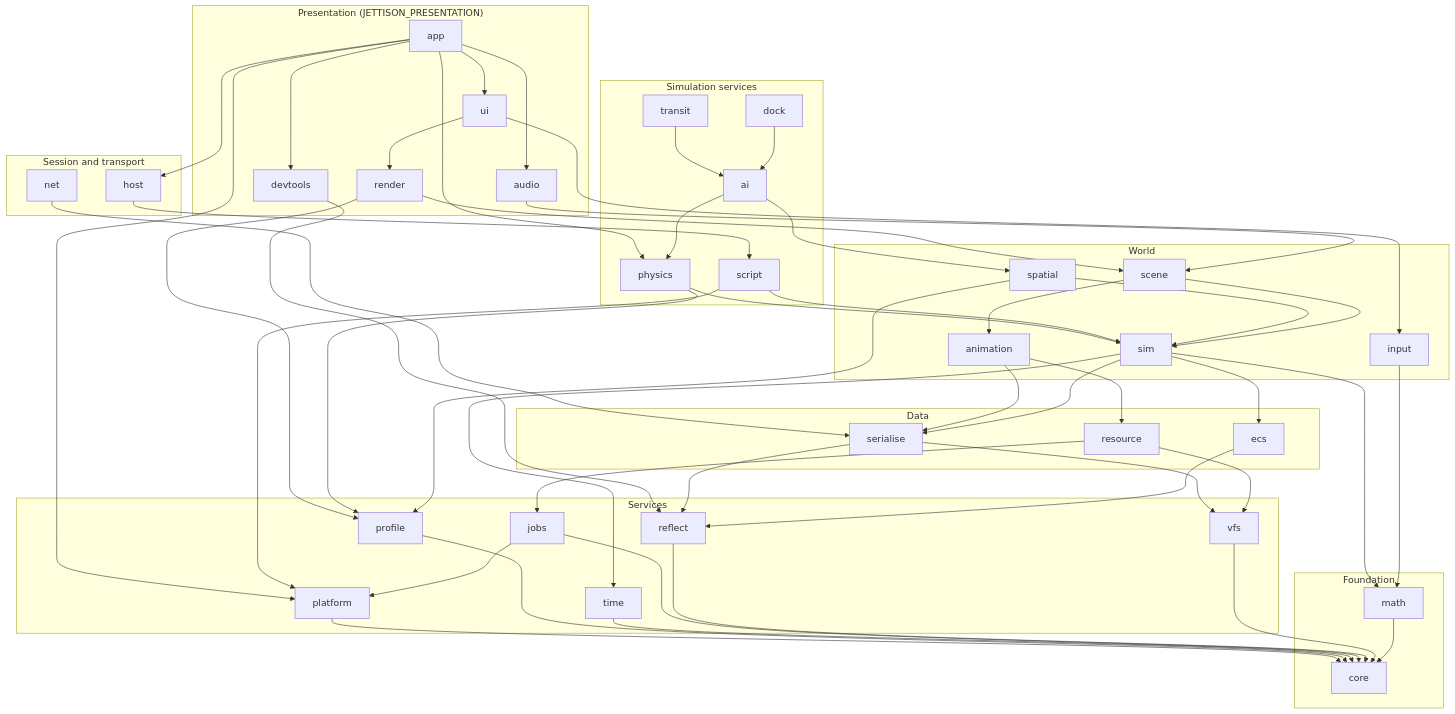
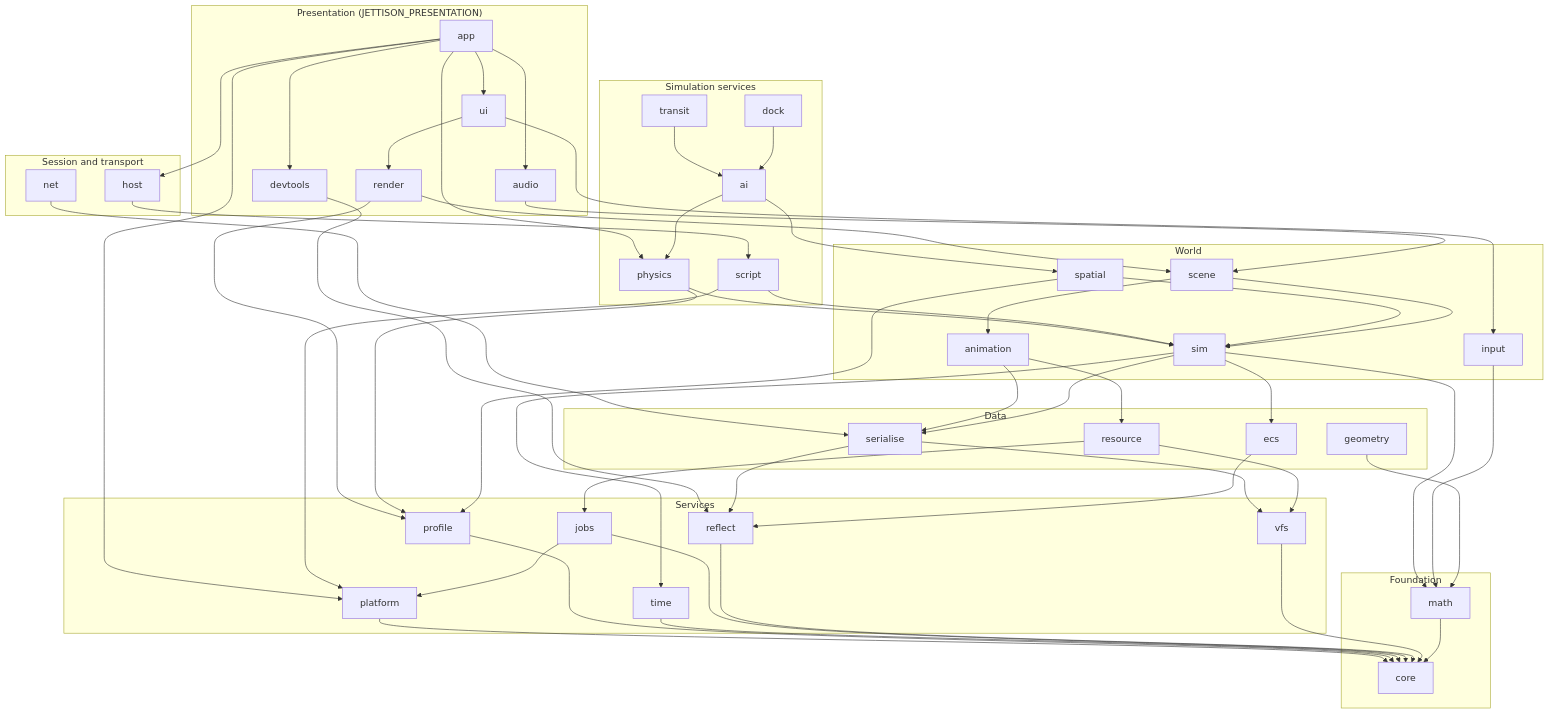
Before and after one commit to ivanhawkes/jettison: the first of 3 diagrams in docs/architecture.md, drawn with Mermaid. The commit also changed other lines of this file and 17 other files, not shown here.

````diff
--- a/docs/architecture.md
+++ b/docs/architecture.md
@@ -152,70 +154,71 @@
 ```mermaid
 flowchart TB
     subgraph presentation["Presentation (JETTISON_PRESENTATION)"]
         render; audio; ui; devtools; app
     end
     subgraph session["Session and transport"]
         host; net
     end
     subgraph simservices["Simulation services"]
         physics; ai; transit; dock; script
     end
     subgraph world["World"]
         animation; sim; spatial; scene; input
     end
     subgraph data["Data"]
-        serialise; resource; ecs
+        geometry; serialise; resource; ecs
     end
     subgraph services["Services"]
         platform; profile; time; jobs; reflect; vfs
     end
     subgraph foundation["Foundation"]
         core; math
     end
     render --> profile
     render --> scene
     audio --> scene
     ui --> input
     ui --> render
     devtools --> reflect
     app --> audio
     app --> devtools
     app --> host
     app --> physics
     app --> platform
     app --> ui
     host --> script
     net --> serialise
     physics --> profile
     physics --> sim
     ai --> physics
     ai --> spatial
     transit --> ai
     dock --> ai
     script --> sim
     script --> platform
     animation --> resource
     animation --> serialise
     sim --> math
     sim --> time
     sim --> ecs
     sim --> serialise
     spatial --> profile
     spatial --> sim
     scene --> animation
     scene --> sim
     input --> math
+    geometry --> math
     serialise --> reflect
     serialise --> vfs
     resource --> jobs
     resource --> vfs
     ecs --> reflect
     platform --> core
     profile --> core
     time --> core
     jobs --> core
     jobs --> platform
     reflect --> core
     vfs --> core
     math --> core
 ```
````
